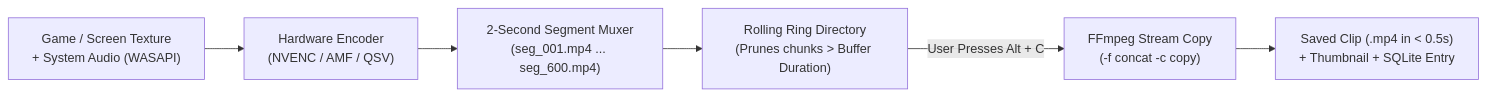
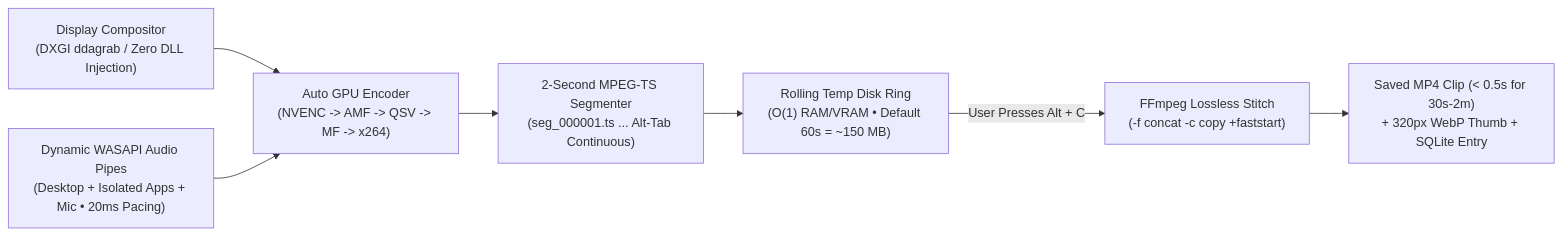
Before and after one commit to 7sae7/ReplayViewer: the third of 3 diagrams in ARCHITECTURE.md, drawn with Mermaid. The commit also changed other lines of this file and 36 other files, not shown here.

Commit message:
feat(replay): implement v2.0.1 GPU replay buffer and v2.0.2 hot-swappable multi-track WASAPI audio

````diff
--- a/ARCHITECTURE.md
+++ b/ARCHITECTURE.md
@@ -161,8 +166,9 @@
 ```mermaid
 flowchart LR
-    GPU["Game / Screen Texture\n+ System Audio (WASAPI)"] --> Encoder["Hardware Encoder\n(NVENC / AMF / QSV)"]
-    Encoder --> Segmenter["2-Second Segment Muxer\n(seg_001.mp4 ... seg_600.mp4)"]
-    Segmenter --> Ring["Rolling Ring Directory\n(Prunes chunks > Buffer Duration)"]
-    Ring -->|"User Presses Alt + C"| Concat["FFmpeg Stream Copy\n(-f concat -c copy)"]
-    Concat --> Output["Saved Clip (.mp4 in < 0.5s)\n+ Thumbnail + SQLite Entry"]
+    GPU["Display Compositor\n(DXGI ddagrab / Zero DLL Injection)"] --> Encoder["Auto GPU Encoder\n(NVENC -> AMF -> QSV -> MF -> x264)"]
+    WASAPI["Dynamic WASAPI Audio Pipes\n(Desktop + Isolated Apps + Mic • 20ms Pacing)"] --> Encoder
+    Encoder --> Segmenter["2-Second MPEG-TS Segmenter\n(seg_000001.ts ... Alt-Tab Continuous)"]
+    Segmenter --> Ring["Rolling Temp Disk Ring\n(O(1) RAM/VRAM • Default 60s = ~150 MB)"]
+    Ring -->|"User Presses Alt + C"| Concat["FFmpeg Lossless Stitch\n(-f concat -c copy +faststart)"]
+    Concat --> Output["Saved MP4 Clip (< 0.5s for 30s-2m)\n+ 320px WebP Thumb + SQLite Entry"]
 ```
````
